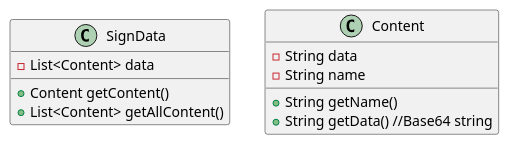
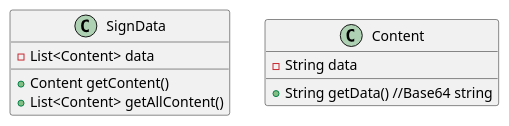
One commit to epam/edp-ddm-architecture changed the second of 2 diagrams in docs/ua/modules/arch/pages/architecture-workspace/platform-evolution/sign-validation/sign-validation.adoc. Above: the diagram before and after it, drawn with PlantUML. The commit also changed other lines of this file, not shown here.

```diff
--- a/docs/ua/modules/arch/pages/architecture-workspace/platform-evolution/sign-validation/sign-validation.adoc
+++ b/docs/ua/modules/arch/pages/architecture-workspace/platform-evolution/sign-validation/sign-validation.adoc
@@ -327,15 +327,13 @@
 [plantuml]
 ----
 class SignData {
 - List<Content> data
 + Content getContent()
 + List<Content> getAllContent()
 }
 
 class Content {
 - String data
-- String name
-+ String getName()
 + String getData() //Base64 string
 }
 ----
```
